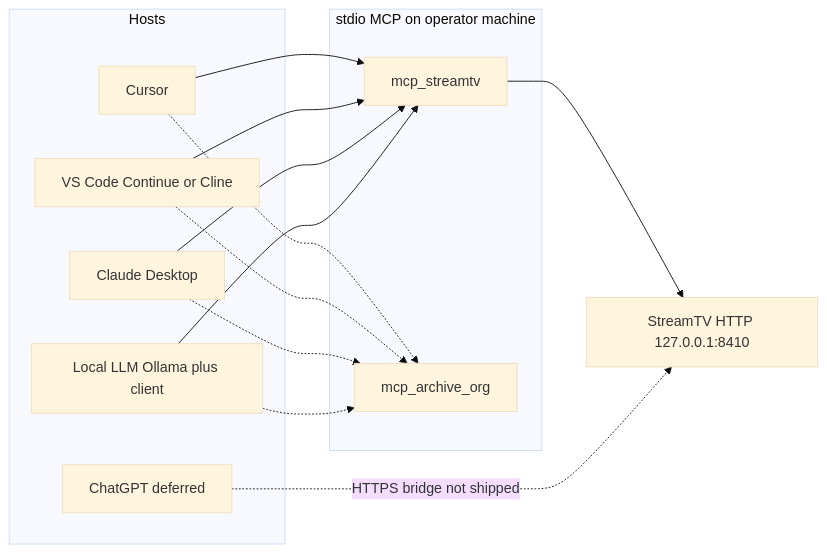
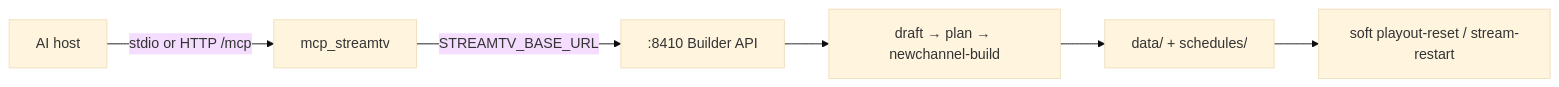
One commit to roto31/StreamTV changed the third of 11 diagrams in docs/guides/CHANNEL_CREATOR_MCP_HOST_WIRING.md. Above: the diagram before and after it, drawn with Mermaid (base theme). The commit also changed other lines of this file and 8 other files, not shown here.

````diff
--- a/docs/guides/CHANNEL_CREATOR_MCP_HOST_WIRING.md
+++ b/docs/guides/CHANNEL_CREATOR_MCP_HOST_WIRING.md
@@ -96,25 +73,8 @@
 ```mermaid
 flowchart LR
-  subgraph Hosts
-    Cursor
-    VSCode["VS Code Continue or Cline"]
-    Claude["Claude Desktop"]
-    Local["Local LLM Ollama plus client"]
-    ChatGPT["ChatGPT deferred"]
-  end
-  subgraph MCP["stdio MCP on operator machine"]
-    ST["mcp_streamtv"]
-    AO["mcp_archive_org"]
-  end
-  API["StreamTV HTTP 127.0.0.1:8410"]
-  Cursor --> ST
-  VSCode --> ST
-  Claude --> ST
-  Local --> ST
-  Cursor -.-> AO
-  VSCode -.-> AO
-  Claude -.-> AO
-  Local -.-> AO
-  ST --> API
-  ChatGPT -.->|"HTTPS bridge not shipped"| API
+  Host["AI host"] -->|"stdio or HTTP /mcp"| MCP["mcp_streamtv"]
+  MCP -->|"STREAMTV_BASE_URL"| API[":8410 Builder API"]
+  API --> Draft["draft → plan → newchannel-build"]
+  Draft --> YAML["data/ + schedules/"]
+  YAML --> Soft["soft playout-reset / stream-restart"]
 ```
````
